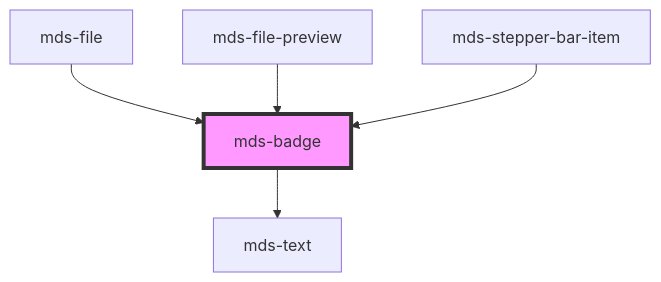
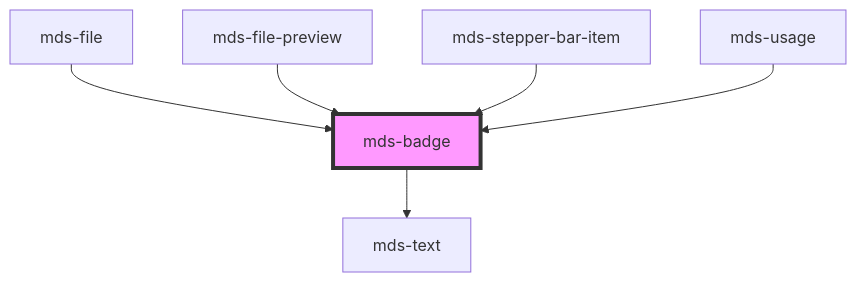
Before and after one commit to magma-design-system/magma: the diagram in projects/stencil/src/components/mds-badge/readme.md, drawn with Mermaid. The commit also changed other lines of this file and 96 other files, not shown here.

````diff
--- a/projects/stencil/src/components/mds-badge/readme.md
+++ b/projects/stencil/src/components/mds-badge/readme.md
@@ -49,8 +50,9 @@
 ```mermaid
 graph TD;
   mds-badge --> mds-text
   mds-file --> mds-badge
   mds-file-preview --> mds-badge
   mds-stepper-bar-item --> mds-badge
+  mds-usage --> mds-badge
   style mds-badge fill:#f9f,stroke:#333,stroke-width:4px
 ```
````
